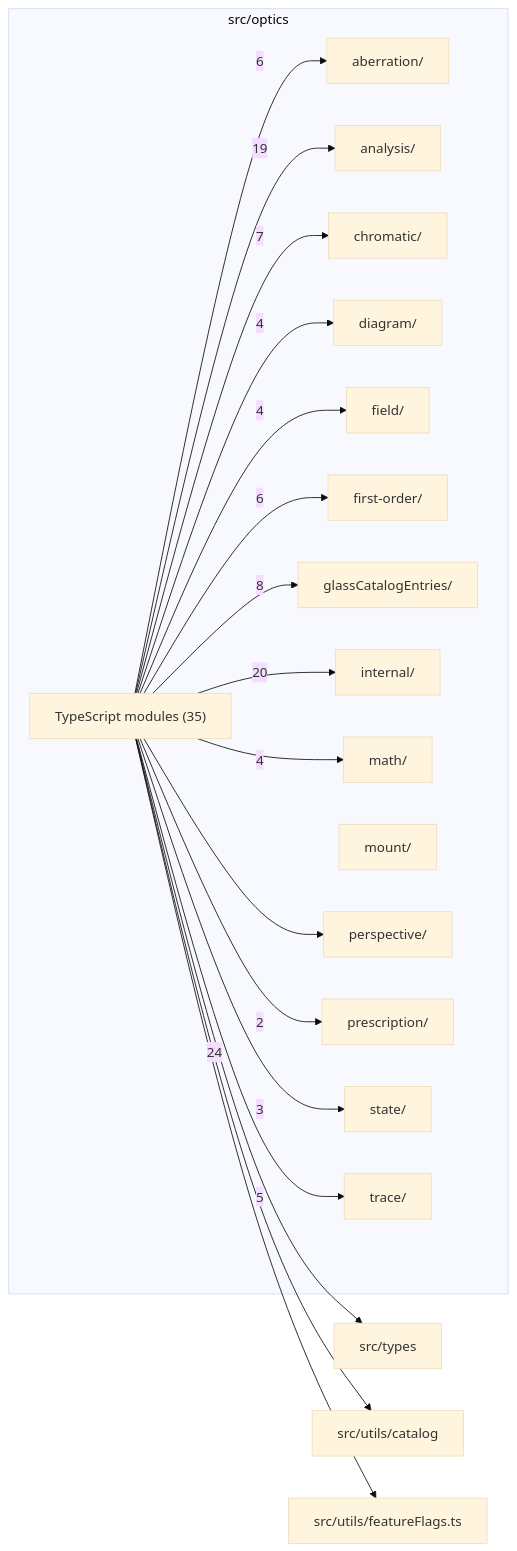
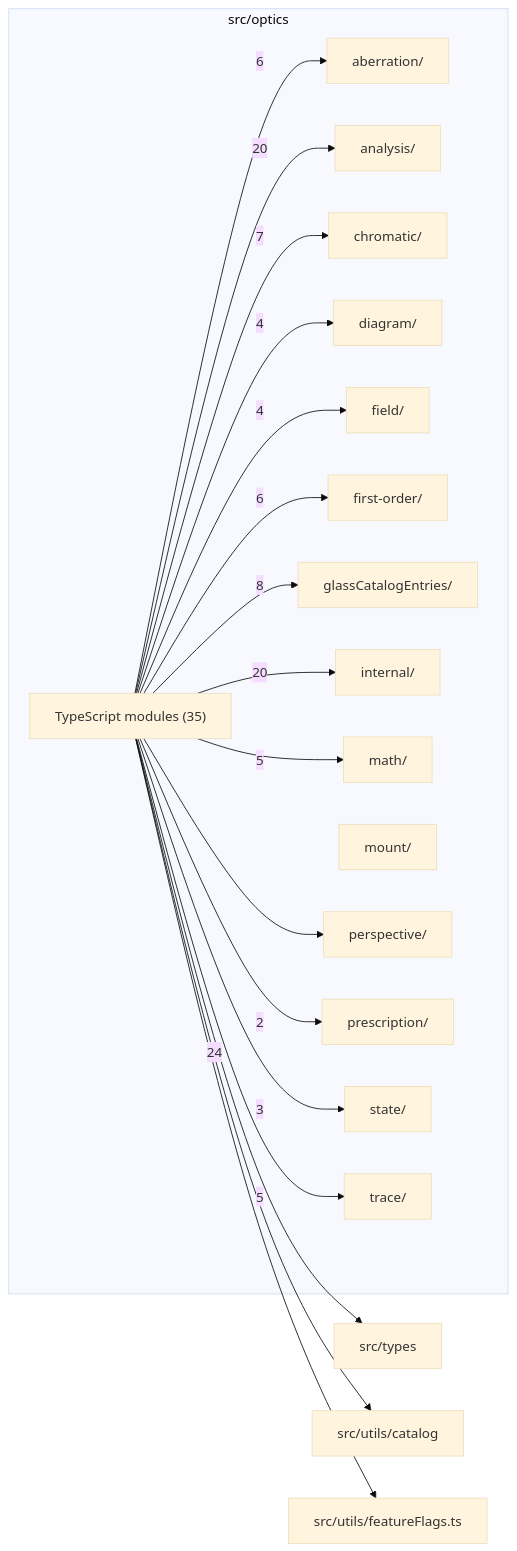
The diagram in src/optics/readme.md (ronbuening/LensVisualizer), drawn with Mermaid (base theme) before and after one commit. The commit also changed other lines of this file and 22 other files, not shown here.

Commit message:
feat(optics): add convergence-checked spectral PSF and MTF analysis

````diff
--- a/src/optics/readme.md
+++ b/src/optics/readme.md
@@ -9,39 +9,39 @@
 ```mermaid
 flowchart LR
   subgraph n_src_optics["src/optics"]
     n_src_optics_src_optics_aberration["aberration/"]
     n_src_optics_src_optics_analysis["analysis/"]
     n_src_optics_src_optics_chromatic["chromatic/"]
     n_src_optics_src_optics_diagram["diagram/"]
     n_src_optics_src_optics_field["field/"]
     n_src_optics_src_optics_first_order["first-order/"]
     n_src_optics_src_optics_glassCatalogEntries["glassCatalogEntries/"]
     n_src_optics_src_optics_internal["internal/"]
     n_src_optics_src_optics_math["math/"]
     n_src_optics_src_optics_mount["mount/"]
     n_src_optics_src_optics_perspective["perspective/"]
     n_src_optics_src_optics_prescription["prescription/"]
     n_src_optics_src_optics_state["state/"]
     n_src_optics_src_optics_trace["trace/"]
     n_src_optics_TypeScript_modules["TypeScript modules (35)"]
   end
   n_external_src_types["src/types"]
   n_external_src_utils_catalog["src/utils/catalog"]
   n_external_src_utils_featureFlags_ts["src/utils/featureFlags.ts"]
   n_src_optics_TypeScript_modules --> |24| n_external_src_types
+  n_src_optics_TypeScript_modules --> |20| n_src_optics_src_optics_analysis
   n_src_optics_TypeScript_modules --> |20| n_src_optics_src_optics_internal
-  n_src_optics_TypeScript_modules --> |19| n_src_optics_src_optics_analysis
   n_src_optics_TypeScript_modules --> |8| n_src_optics_src_optics_glassCatalogEntries
   n_src_optics_TypeScript_modules --> |7| n_src_optics_src_optics_chromatic
   n_src_optics_TypeScript_modules --> |6| n_src_optics_src_optics_aberration
   n_src_optics_TypeScript_modules --> |6| n_src_optics_src_optics_first_order
+  n_src_optics_TypeScript_modules --> |5| n_src_optics_src_optics_math
   n_src_optics_TypeScript_modules --> |5| n_src_optics_src_optics_trace
   n_src_optics_TypeScript_modules --> |4| n_src_optics_src_optics_diagram
   n_src_optics_TypeScript_modules --> |4| n_src_optics_src_optics_field
-  n_src_optics_TypeScript_modules --> |4| n_src_optics_src_optics_math
   n_src_optics_TypeScript_modules --> |3| n_src_optics_src_optics_state
   n_src_optics_TypeScript_modules --> |2| n_src_optics_src_optics_prescription
   n_src_optics_TypeScript_modules --> n_external_src_utils_catalog
   n_src_optics_TypeScript_modules --> n_external_src_utils_featureFlags_ts
   n_src_optics_TypeScript_modules --> n_src_optics_src_optics_perspective
 ```
````
